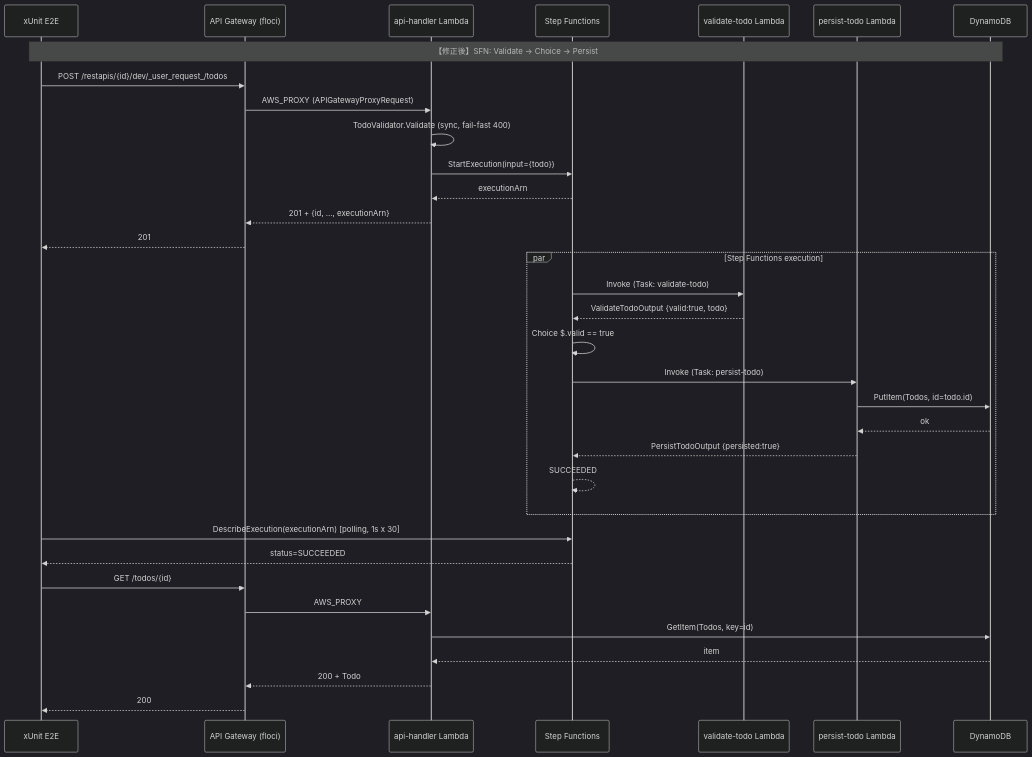
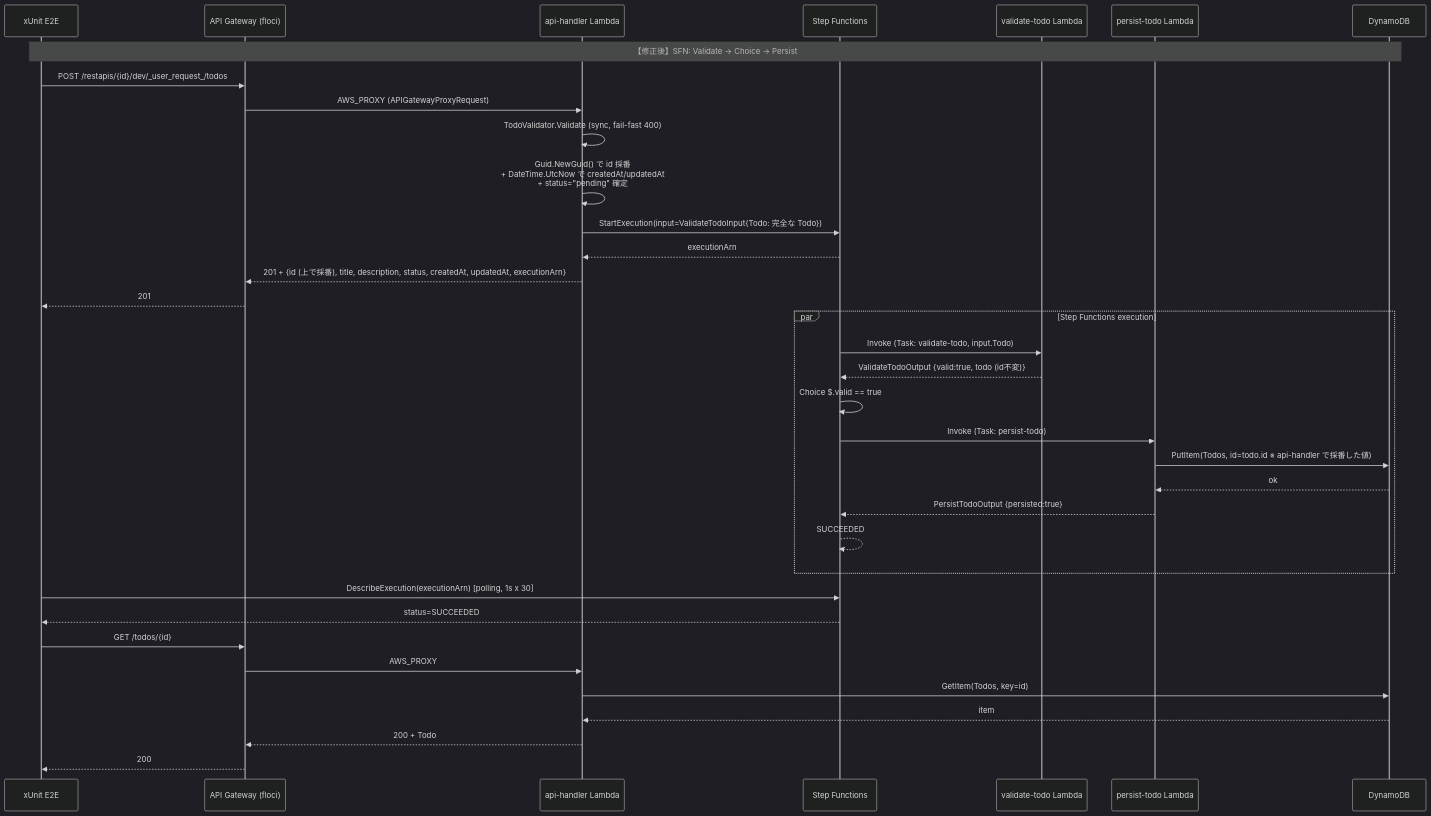
One commit to NagasakaH/dev-process changed the second of 7 diagrams in docs/floci-apigateway-csharp/design/04_process-flow-design.md. Above: the diagram before and after it, drawn with Mermaid (dark theme). The commit also changed other lines of this file and 7 other files, not shown here.

````diff
--- a/docs/floci-apigateway-csharp/design/04_process-flow-design.md
+++ b/docs/floci-apigateway-csharp/design/04_process-flow-design.md
@@ -42,41 +42,42 @@
 ```mermaid
 sequenceDiagram
     participant T as xUnit E2E
     participant GW as API Gateway (floci)
     participant H as api-handler Lambda
     participant SFN as Step Functions
     participant V as validate-todo Lambda
     participant P as persist-todo Lambda
     participant DDB as DynamoDB
 
     Note over T,DDB: 【修正後】SFN: Validate → Choice → Persist
 
     T->>GW: POST /restapis/{id}/dev/_user_request_/todos
     GW->>H: AWS_PROXY (APIGatewayProxyRequest)
     H->>H: TodoValidator.Validate (sync, fail-fast 400)
-    H->>SFN: StartExecution(input={todo})
+    H->>H: Guid.NewGuid() で id 採番<br/>+ DateTime.UtcNow で createdAt/updatedAt<br/>+ status="pending" 確定
+    H->>SFN: StartExecution(input=ValidateTodoInput{Todo: 完全な Todo})
     SFN-->>H: executionArn
-    H-->>GW: 201 + {id, ..., executionArn}
+    H-->>GW: 201 + {id (上で採番), title, description, status, createdAt, updatedAt, executionArn}
     GW-->>T: 201
 
     par Step Functions execution
-        SFN->>V: Invoke (Task: validate-todo)
-        V-->>SFN: ValidateTodoOutput {valid:true, todo}
+        SFN->>V: Invoke (Task: validate-todo, input.Todo)
+        V-->>SFN: ValidateTodoOutput {valid:true, todo (id不変)}
         SFN->>SFN: Choice $.valid == true
         SFN->>P: Invoke (Task: persist-todo)
-        P->>DDB: PutItem(Todos, id=todo.id)
+        P->>DDB: PutItem(Todos, id=todo.id ※ api-handler で採番した値)
         DDB-->>P: ok
         P-->>SFN: PersistTodoOutput {persisted:true}
         SFN-->>SFN: SUCCEEDED
     end
 
     T->>SFN: DescribeExecution(executionArn) [polling, 1s x 30]
     SFN-->>T: status=SUCCEEDED
 
     T->>GW: GET /todos/{id}
     GW->>H: AWS_PROXY
     H->>DDB: GetItem(Todos, key=id)
     DDB-->>H: item
     H-->>GW: 200 + Todo
     GW-->>T: 200
 ```
````
